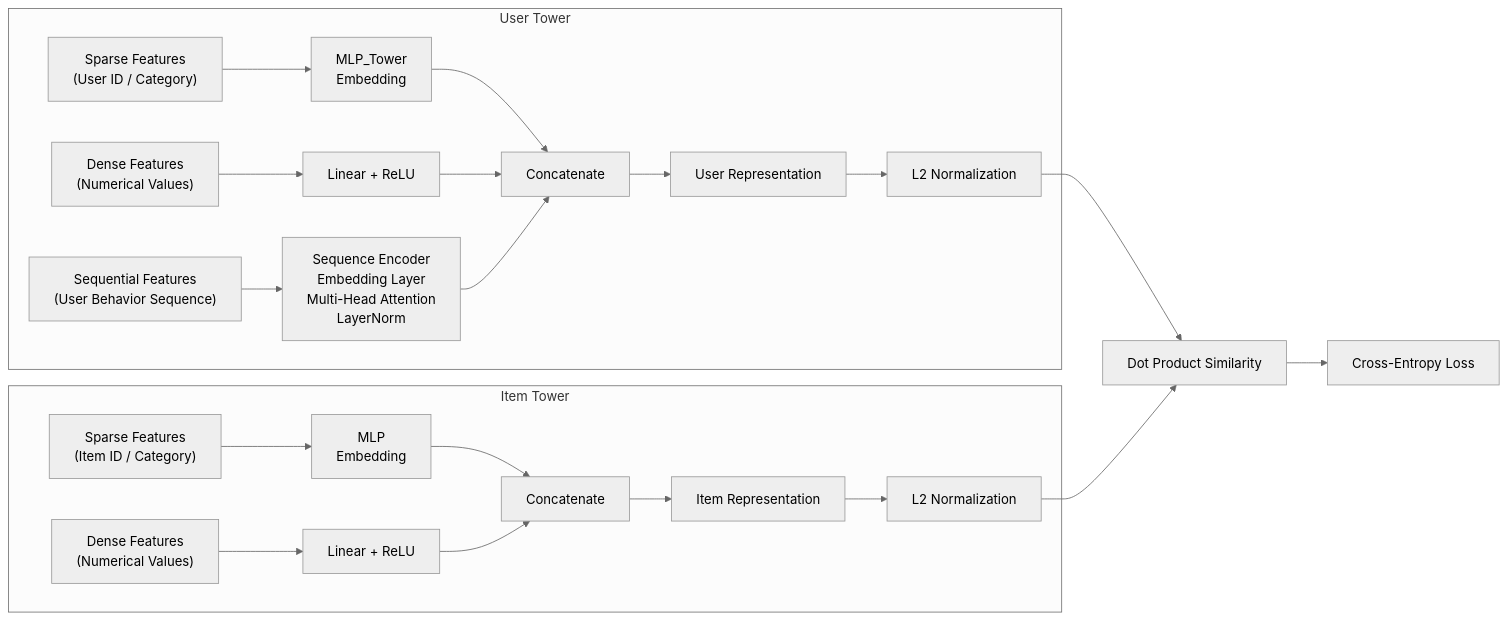
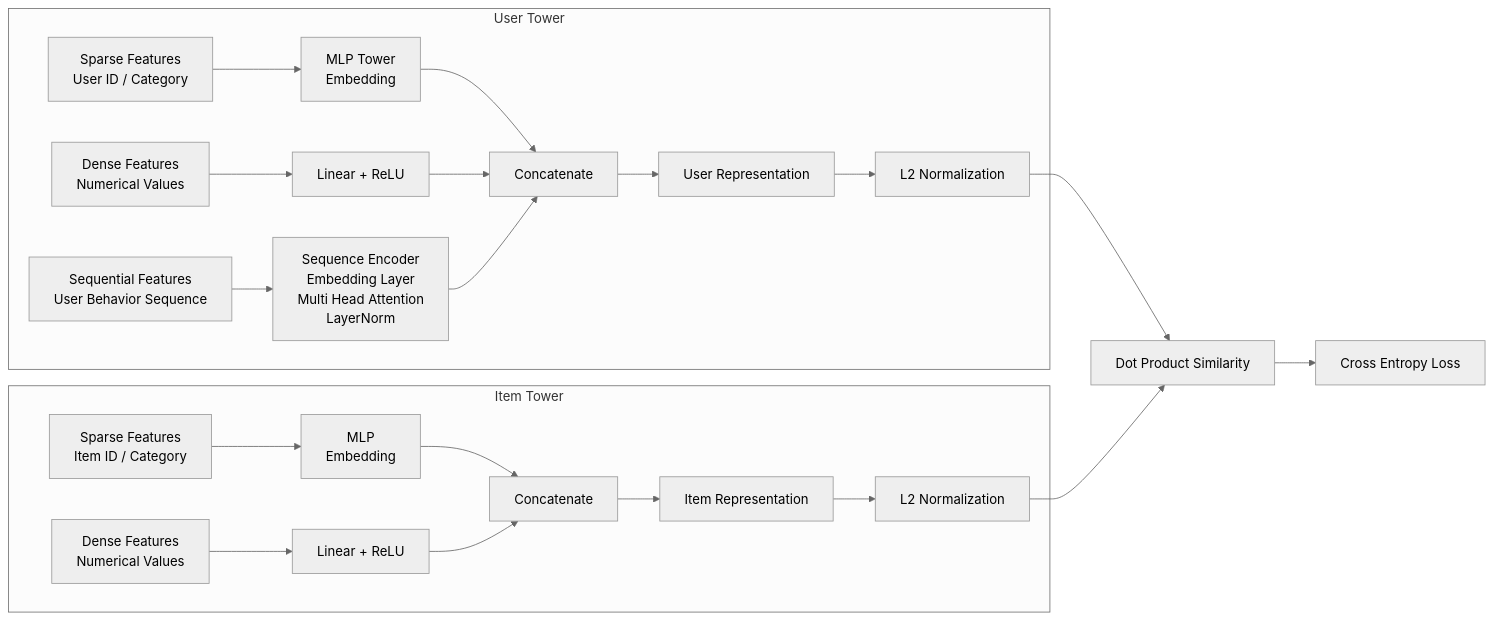
One commit to juankim834/RecommendSystemProject changed the diagram in README.md. Above: the diagram before and after it, drawn with Mermaid (neutral theme).

Commit message:
fix: fail to line break in mermaid

````diff
--- a/README.md
+++ b/README.md
@@ -41,41 +41,41 @@
 ```mermaid
 flowchart LR
     %% ================= User Tower =================
     subgraph U[User Tower]
-        U1["Sparse Features\n(User ID / Category)"]
-        U2["Dense Features\n(Numerical Values)"]
-        U3["Sequential Features\n(User Behavior Sequence)"]
+        U1[Sparse Features<br>User ID / Category]
+        U2[Dense Features<br>Numerical Values]
+        U3[Sequential Features<br>User Behavior Sequence]
 
-        U1 --> U1E["MLP_Tower\nEmbedding"]
+        U1 --> U1E[MLP Tower<br>Embedding]
         U2 --> U2E[Linear + ReLU]
-        U3 --> U3E["Sequence Encoder\nEmbedding Layer\nMulti-Head Attention\nLayerNorm"]
+        U3 --> U3E[Sequence Encoder<br>Embedding Layer<br>Multi Head Attention<br>LayerNorm]
 
         U1E --> UC[Concatenate]
         U2E --> UC
         U3E --> UC
 
         UC --> UVec[User Representation]
         UVec --> UNorm[L2 Normalization]
     end
 
     %% ================= Item Tower =================
     subgraph I[Item Tower]
-        I1["Sparse Features\n(Item ID / Category)"]
-        I2["Dense Features\n(Numerical Values)"]
+        I1[Sparse Features<br>Item ID / Category]
+        I2[Dense Features<br>Numerical Values]
 
-        I1 --> I1E[MLP\nEmbedding]
+        I1 --> I1E[MLP<br>Embedding]
         I2 --> I2E[Linear + ReLU]
 
         I1E --> IC[Concatenate]
         I2E --> IC
 
         IC --> IVec[Item Representation]
         IVec --> INorm[L2 Normalization]
     end
 
     %% ================= Matching =================
     UNorm --> DP[Dot Product Similarity]
     INorm --> DP
 
-    DP --> Loss[Cross-Entropy Loss]
+    DP --> Loss[Cross Entropy Loss]
 ```
````
